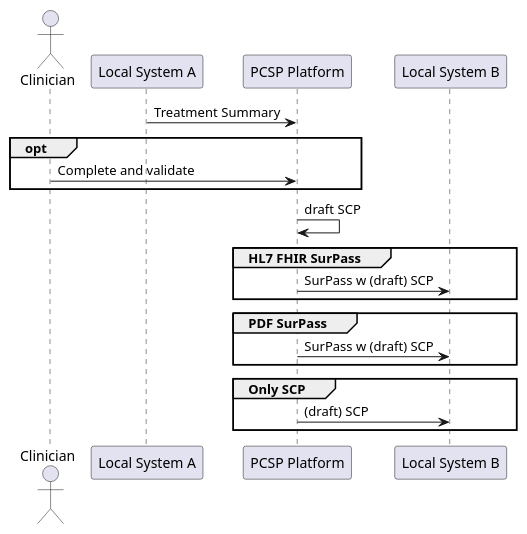
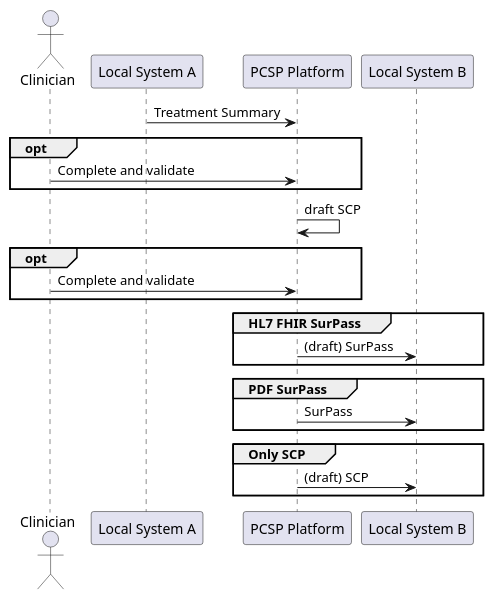
One commit to hl7-eu/pcsp changed the diagram in input/images-source/sequence-1.plantuml. Above: the diagram before and after it, drawn with PlantUML. The commit also changed 3 other files, not shown here.

Commit message:
Modified sequence diagram 1

```diff
--- a/input/images-source/sequence-1.plantuml
+++ b/input/images-source/sequence-1.plantuml
@@ -1,17 +1,20 @@
 @startuml
 actor Clinician
 "Local System A" -> "PCSP Platform" : Treatment Summary
 opt
    "Clinician" -> "PCSP Platform" : Complete and validate
 end
 "PCSP Platform" -> "PCSP Platform" : draft SCP
+opt
+   "Clinician" -> "PCSP Platform" : Complete and validate
+end
 group HL7 FHIR SurPass
-"PCSP Platform" -> "Local System B" : SurPass w (draft) SCP
+"PCSP Platform" -> "Local System B" : (draft) SurPass
 end
 group PDF SurPass
-"PCSP Platform" -> "Local System B" : SurPass w (draft) SCP
+"PCSP Platform" -> "Local System B" : SurPass
 end
 group Only SCP
 "PCSP Platform" -> "Local System B" : (draft) SCP
 end
 @enduml
```
